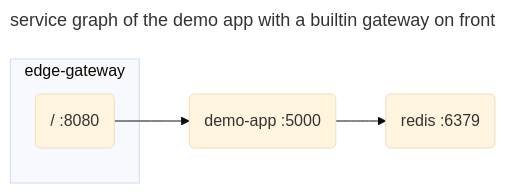
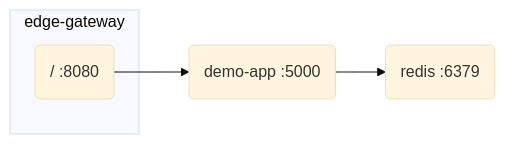
One commit to kumahq/kuma-website changed the diagram in app/_src/guides/gateway-api.md. Above: the diagram before and after it, drawn with Mermaid (base theme). The commit also changed other lines of this file and 2 other files, not shown here.

Commit message:
fix(guide): fix and move guide for Kubernetes Gateway API

```diff
--- a/app/_src/guides/gateway-api.md
+++ b/app/_src/guides/gateway-api.md
@@ -14,13 +15,10 @@
 {% mermaid %}
----
-title: service graph of the demo app with a builtin gateway on front
----
 flowchart LR
   subgraph edge-gateway
     gw0(/ :8080)
   end
   demo-app(demo-app :5000)
   redis(redis :6379)
   gw0 --> demo-app
   demo-app --> redis
 {% endmermaid %}
```
